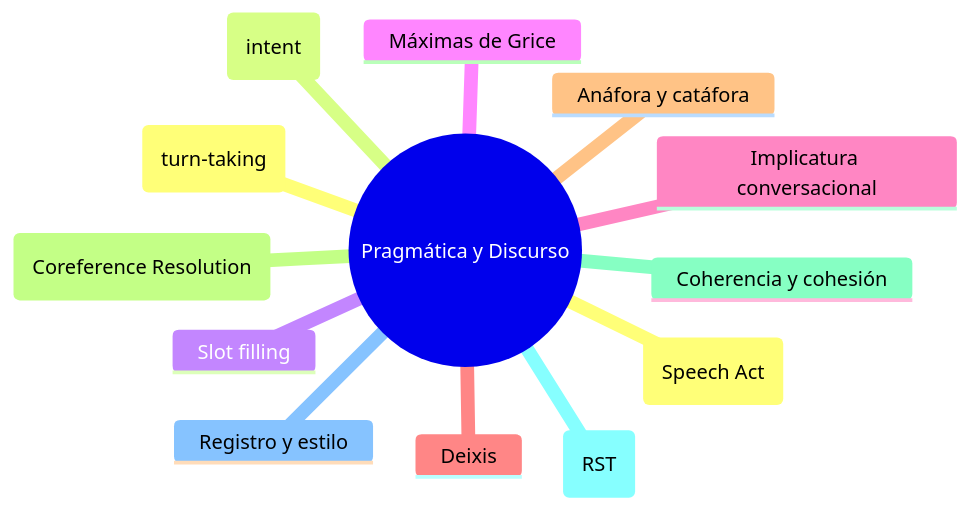
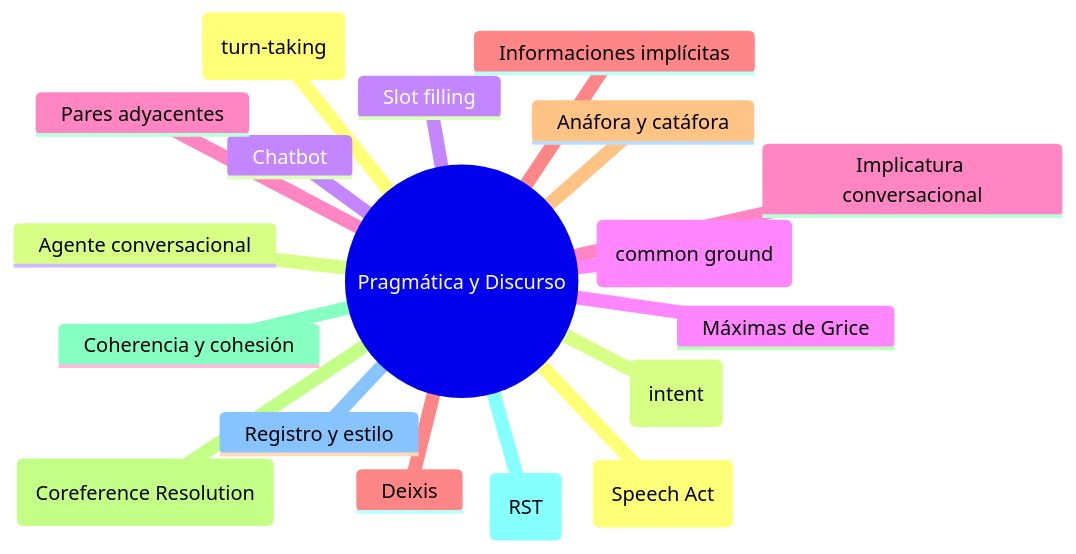
Before and after one commit to rgglez/rgglez-website: the seventh of 27 diagrams in src/src/data/blog/2026/04/es/glosario-linguistica-nlp.mdx, drawn with Mermaid. The commit also changed other lines of this file and 25 other files, not shown here.

Commit message:
Mermaid improvements

````diff
--- a/src/src/data/blog/2026/04/es/glosario-linguistica-nlp.mdx
+++ b/src/src/data/blog/2026/04/es/glosario-linguistica-nlp.mdx
@@ -772,16 +1028,21 @@
 ```mermaid
 mindmap
   root((Pragmática y Discurso))
     Acto de habla (Speech Act)
     Intención del hablante (intent)
     Slot filling
     Máximas de Grice
     Implicatura conversacional
     Deixis
     Anáfora y catáfora
     Correferencia (Coreference Resolution)
     Coherencia y cohesión
     Relaciones discursivas (RST)
     Registro y estilo
     Turno de diálogo (turn-taking)
+    Agente conversacional
+    Chatbot
+    Punto de coincidencia (common ground)
+    Pares adyacentes
+    Informaciones implícitas
 ```
````
